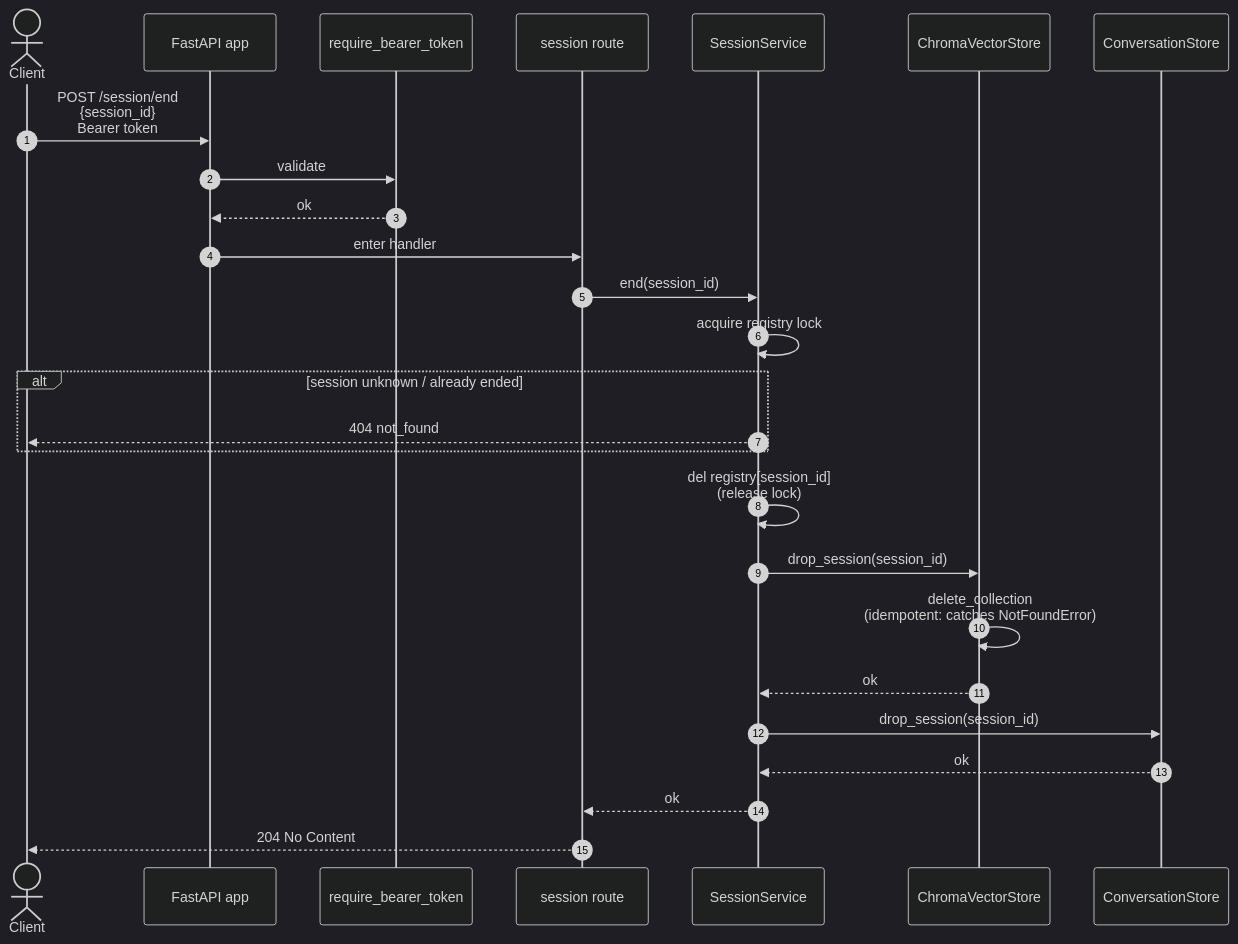
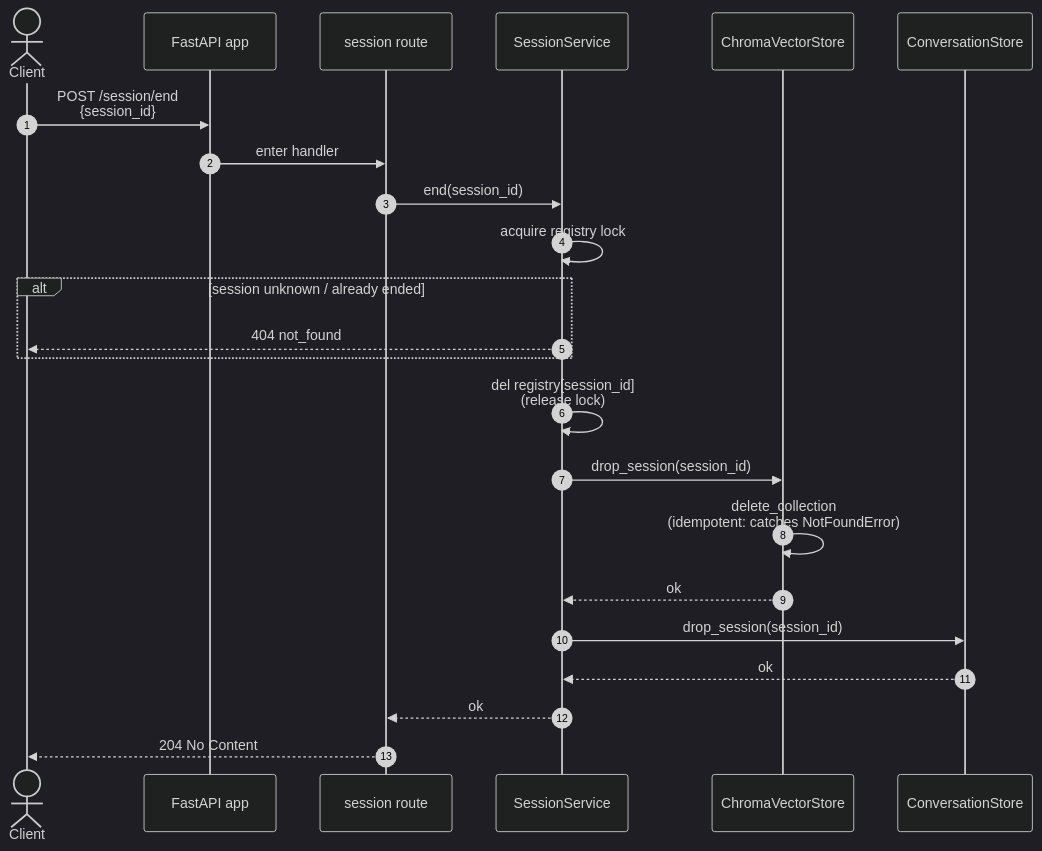
The third of 4 diagrams in docs/explanation/sequence-diagrams.md (dvmhmdsd/doc-assistant), drawn with Mermaid (dark theme) before and after one commit. The commit also changed other lines of this file and 23 other files, not shown here.

````diff
--- a/docs/explanation/sequence-diagrams.md
+++ b/docs/explanation/sequence-diagrams.md
@@ -177,33 +168,30 @@
 ```mermaid
 sequenceDiagram
     autonumber
     actor client as Client
     participant api as FastAPI app
-    participant auth as require_bearer_token
     participant route as session route
     participant sess as SessionService
     participant vstore as ChromaVectorStore
     participant history as ConversationStore
 
-    client->>api: POST /session/end<br/>{session_id}<br/>Bearer token
-    api->>auth: validate
-    auth-->>api: ok
+    client->>api: POST /session/end<br/>{session_id}
     api->>route: enter handler
     route->>sess: end(session_id)
 
     sess->>sess: acquire registry lock
     alt session unknown / already ended
         sess-->>client: 404 not_found
     end
     sess->>sess: del registry[session_id]<br/>(release lock)
 
     sess->>vstore: drop_session(session_id)
     vstore->>vstore: delete_collection<br/>(idempotent: catches NotFoundError)
     vstore-->>sess: ok
 
     sess->>history: drop_session(session_id)
     history-->>sess: ok
 
     sess-->>route: ok
     route-->>client: 204 No Content
 ```
````
